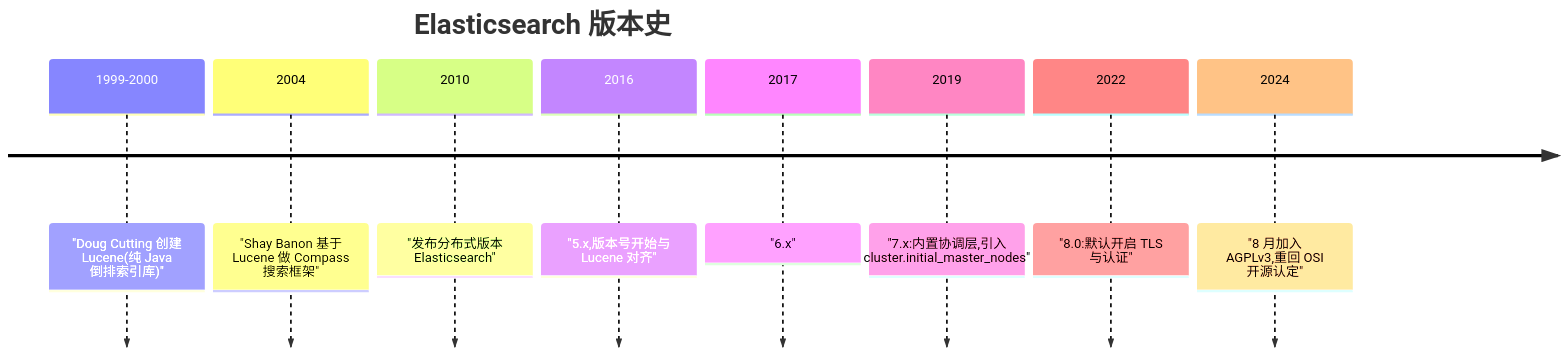
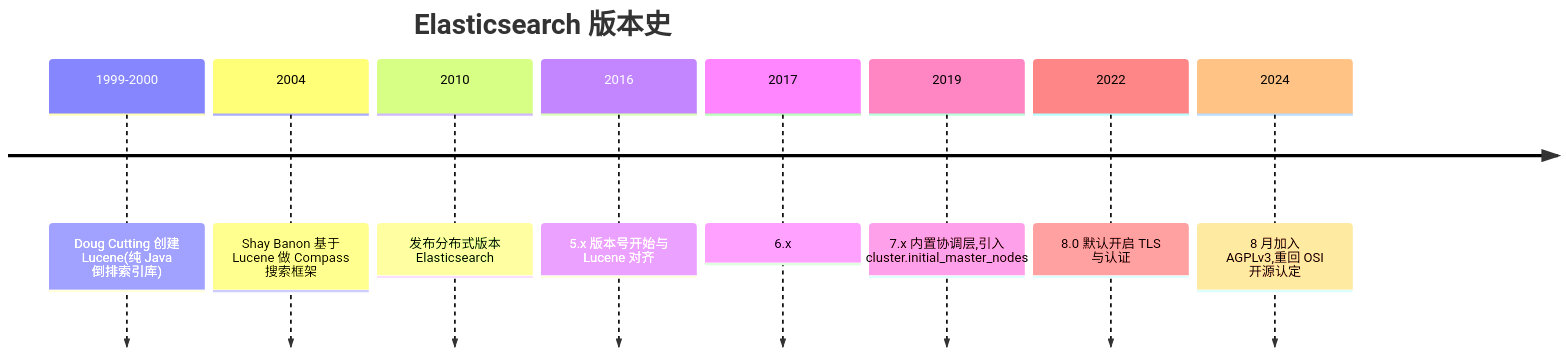
One commit to passiolin/docs changed the first of 6 diagrams in docs/部署相关/elasticsearch/README.md. Above: the diagram before and after it, drawn with Mermaid.

Commit message:
部署文档:修复 ES 版本史 timeline 渲染报错——timeline 以半角冒号分隔事件,事件文本内的冒号与引号改为纯文本

````diff
--- a/docs/部署相关/elasticsearch/README.md
+++ b/docs/部署相关/elasticsearch/README.md
@@ -30,12 +30,12 @@
 ```mermaid
 timeline
     title Elasticsearch 版本史
-    1999-2000 : "Doug Cutting 创建 Lucene(纯 Java 倒排索引库)"
-    2004 : "Shay Banon 基于 Lucene 做 Compass 搜索框架"
-    2010 : "发布分布式版本 Elasticsearch"
-    2016 : "5.x,版本号开始与 Lucene 对齐"
-    2017 : "6.x"
-    2019 : "7.x:内置协调层,引入 cluster.initial_master_nodes"
-    2022 : "8.0:默认开启 TLS 与认证"
-    2024 : "8 月加入 AGPLv3,重回 OSI 开源认定"
+    1999-2000 : Doug Cutting 创建 Lucene(纯 Java 倒排索引库)
+    2004 : Shay Banon 基于 Lucene 做 Compass 搜索框架
+    2010 : 发布分布式版本 Elasticsearch
+    2016 : 5.x 版本号开始与 Lucene 对齐
+    2017 : 6.x
+    2019 : 7.x 内置协调层,引入 cluster.initial_master_nodes
+    2022 : 8.0 默认开启 TLS 与认证
+    2024 : 8 月加入 AGPLv3,重回 OSI 开源认定
 ```
````
